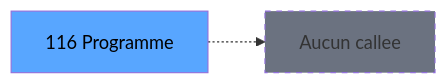
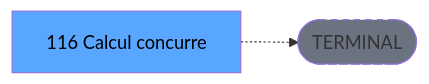
One commit to thonyAGP/lecteur-magic changed the third of 3 diagrams in .openspec/specs/ADH-IDE-116.md. Above: the diagram before and after it, drawn with Mermaid. The commit also changed other lines of this file and 701 other files, not shown here.

````diff
--- a/.openspec/specs/ADH-IDE-116.md
+++ b/.openspec/specs/ADH-IDE-116.md
@@ -143,8 +134,8 @@
 ```mermaid
 graph LR
-    T[116 Programme]
-    NONE[Aucun callee]
-    T -.-> NONE
+    T[116 Calcul concurre]
+    TERM([TERMINAL])
+    T -.-> TERM
+    style TERM fill:#6b7280,stroke-dasharray: 5 5
     style T fill:#58a6ff,color:#000
-    style NONE fill:#6b7280,stroke-dasharray: 5 5
 ```
````
